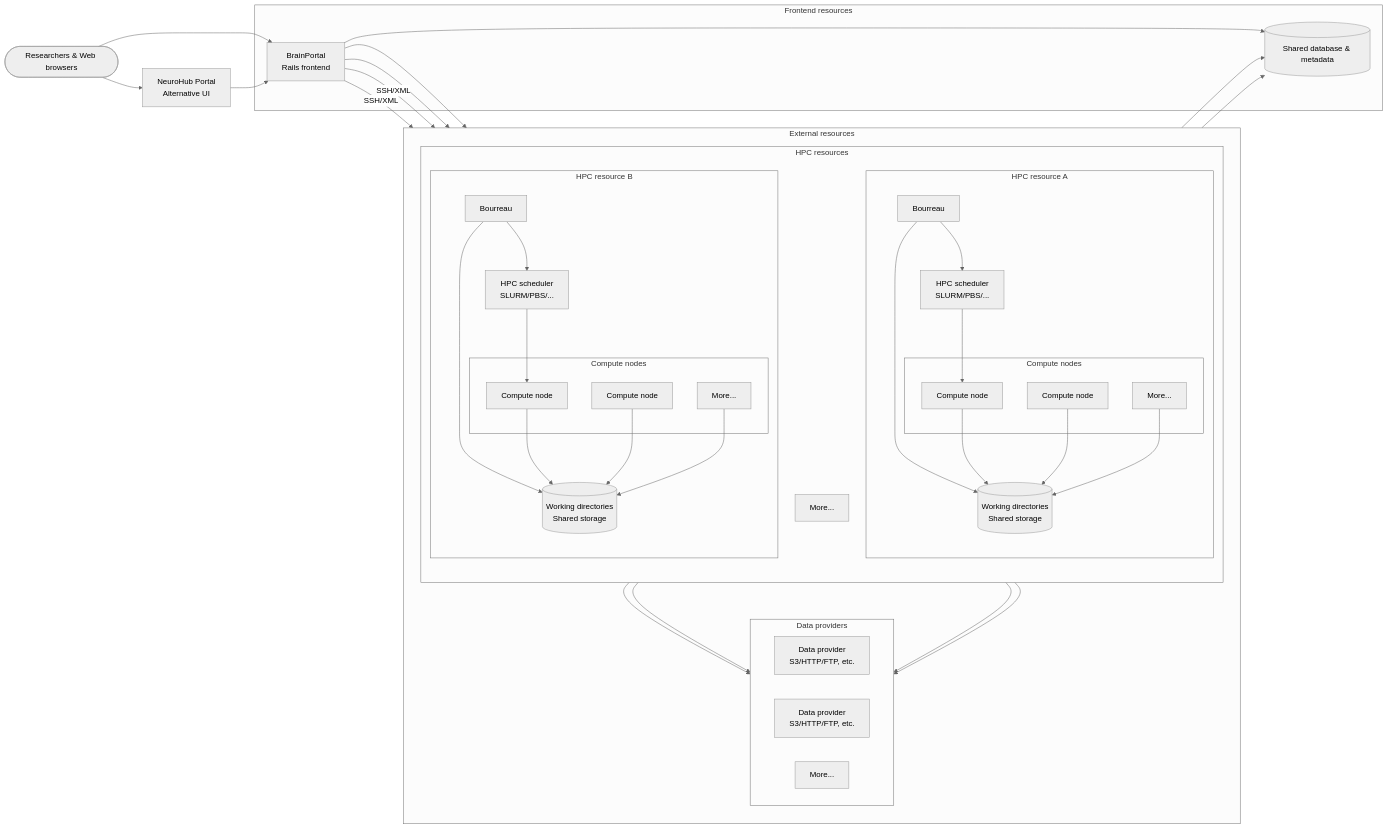
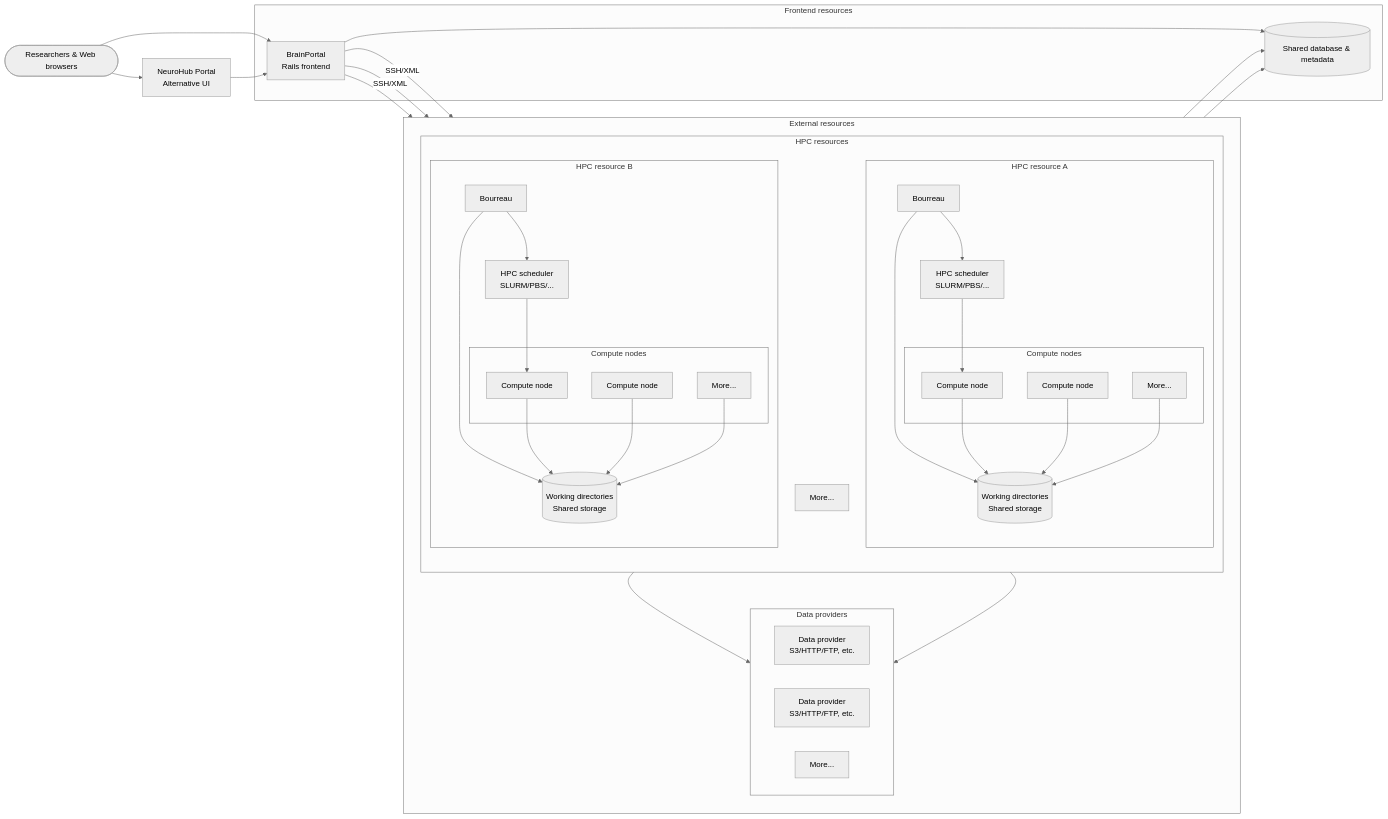
Before and after one commit to aces/cbrain: the diagram in README.md, drawn with Mermaid (neutral theme).

Commit message:
Link data provider subgraph

````diff
--- a/README.md
+++ b/README.md
@@ -25,67 +25,64 @@
 ```mermaid
 flowchart LR
   Users([Researchers & Web browsers])
   NH[NeuroHub Portal<br/>Alternative UI]
   subgraph Frontend[Frontend resources]
     BP[BrainPortal<br/>Rails frontend]
     DB[(Shared database & metadata)]
   end
   subgraph ExternalResources[External resources]
     direction TB
     subgraph DataProviders[Data providers]
       direction LR
       DP1[Data provider<br/>S3/HTTP/FTP, etc.]
       DP2[Data provider<br/>S3/HTTP/FTP, etc.]
       DP3[More...]
     end
     subgraph HPCResources[HPC resources]
       direction TB
       subgraph ResourceA[HPC resource A]
         BO1[Bourreau]
         Sched1[HPC scheduler<br/>SLURM/PBS/...]
       subgraph ComputePoolA[Compute nodes]
         Compute1[Compute node]
         Compute2[Compute node]
         ComputeMoreA[More...]
       end
       Scratch1[(Working directories<br/>Shared storage)]
       end
       subgraph ResourceB[HPC resource B]
         BO2[Bourreau]
         Sched2[HPC scheduler<br/>SLURM/PBS/...]
       subgraph ComputePoolB[Compute nodes]
         Compute3[Compute node]
         Compute4[Compute node]
         ComputeMoreB[More...]
       end
       Scratch2[(Working directories<br/>Shared storage)]
       end
       ResourceMore[More...]
     end
   end
 
   Users --> BP
   Users --> NH
   NH --> BP
   BP --> DB
-  BP --> DP1
-  BP --> DP2
+  BP --> DataProviders
   BP -->|SSH/XML| BO1
   BP -->|SSH/XML| BO2
-  BO1 --> DP1
-  BO1 --> DP2
-  BO2 --> DP1
-  BO2 --> DP2
+  BO1 --> DataProviders
+  BO2 --> DataProviders
   BO1 --> DB
   BO2 --> DB
   BO1 --> Sched1 --> Compute1
   BO2 --> Sched2 --> Compute3
   BO1 --> Scratch1
   BO2 --> Scratch2
   Compute1 --> Scratch1
   Compute2 --> Scratch1
   ComputeMoreA --> Scratch1
   Compute3 --> Scratch2
   Compute4 --> Scratch2
   ComputeMoreB --> Scratch2
 ```
````
